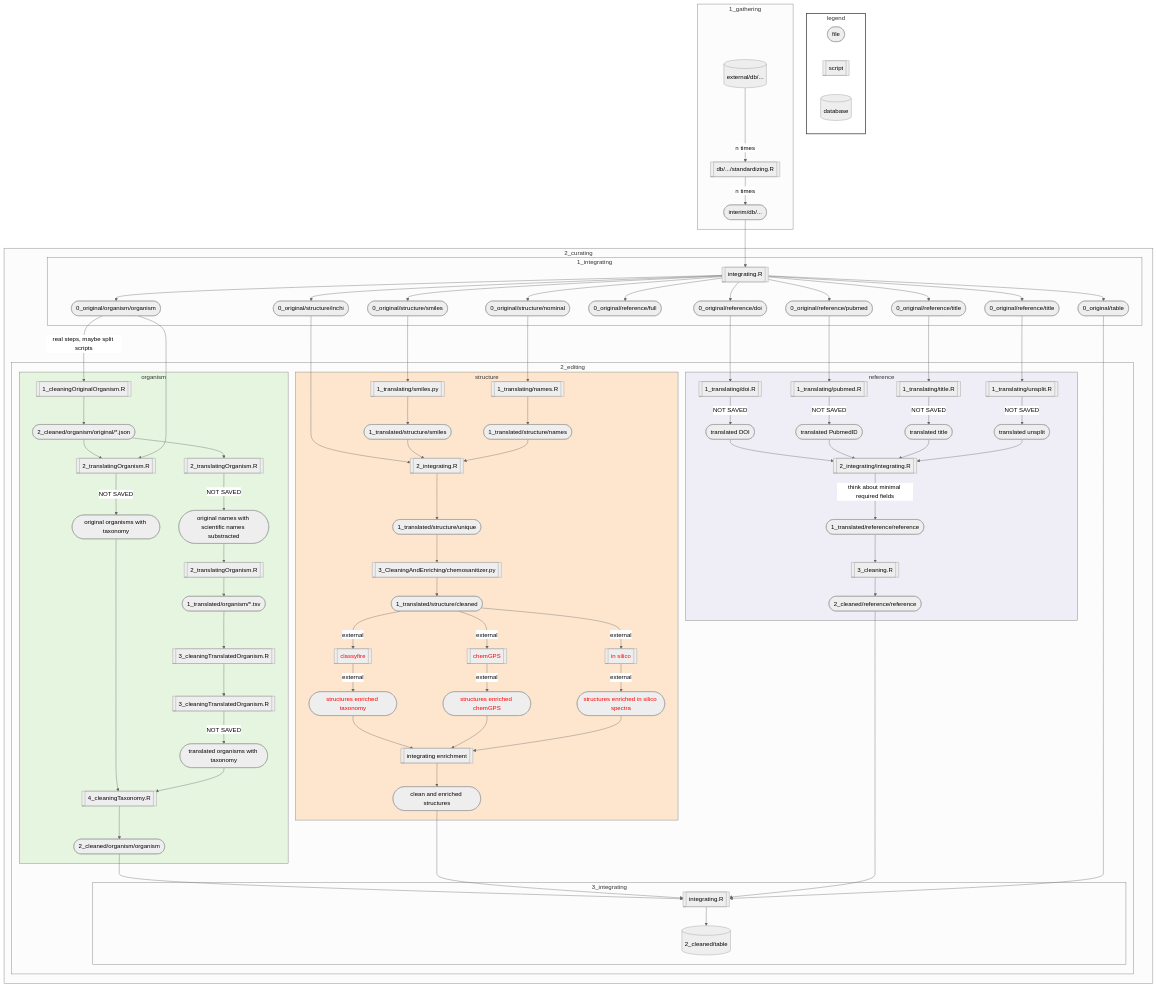
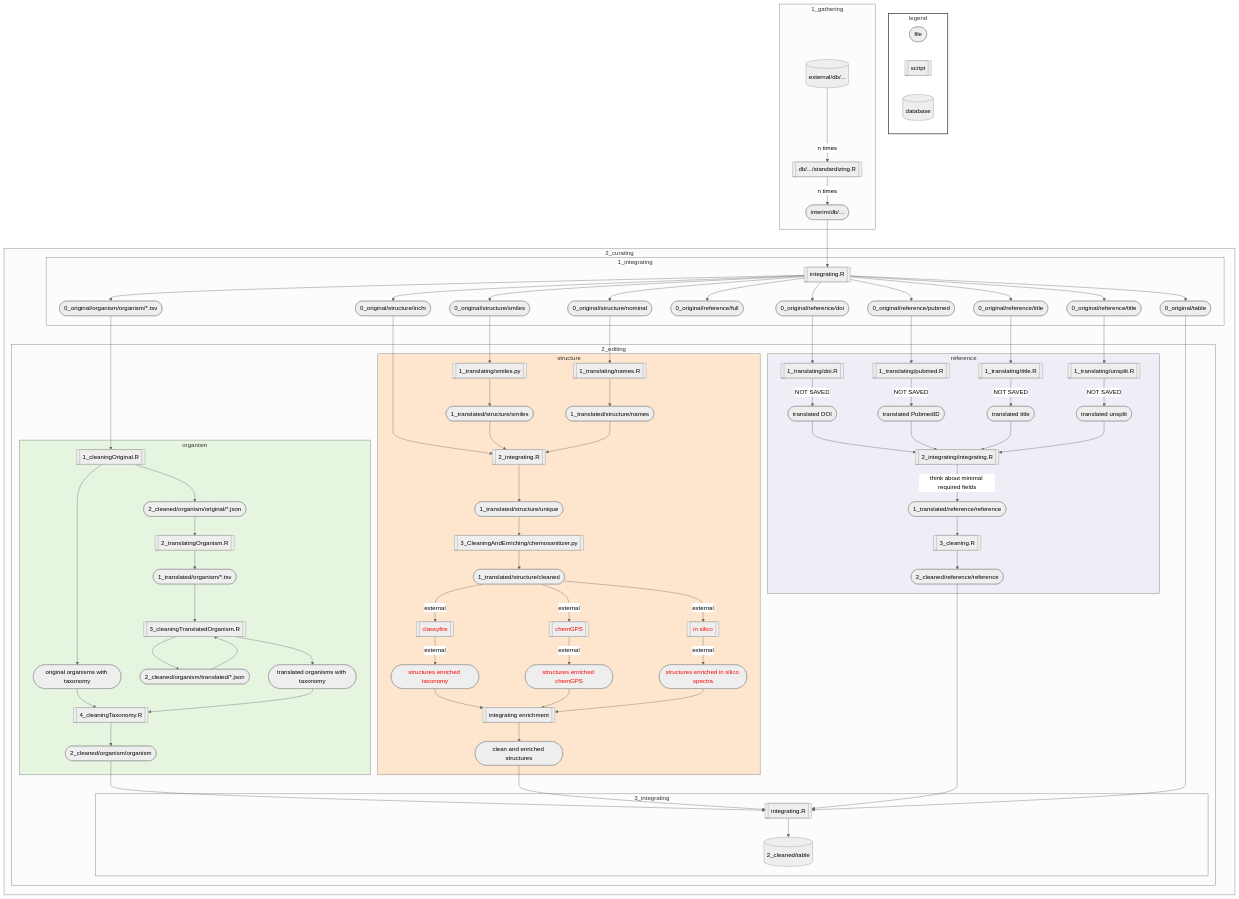
Before and after one commit to lotusnprod/lotus-processor: the diagram in README.md, drawn with Mermaid (neutral theme).

```diff
--- a/README.md
+++ b/README.md
@@ -22,7 +22,7 @@
 subgraph 2_curating
 subgraph 1_integrating
 030([interim/db/...]) --> 040[[integrating.R]]
-040[[integrating.R]] --> 100([0_original/organism/organism])
+040[[integrating.R]] --> 100([0_original/organism/organism/*.tsv])
 040[[integrating.R]] --> 210([0_original/structure/inchi])
 040[[integrating.R]] --> 220([0_original/structure/smiles])
 040[[integrating.R]] --> 230([0_original/structure/nominal])
@@ -38,24 +38,20 @@
 subgraph 2_editing
 subgraph organism
 style organism fill:#E5F5E0
-100([0_original/organism/organism]) -->
-  |real steps, maybe split scripts| 101[[1_cleaningOriginalOrganism.R]] --> 
-    102([2_cleaned/organism/original/*.json]) --> 
-        103[[2_translatingOrganism.R]]
-100([0_original/organism/organism]) -->
-        103[[2_translatingOrganism.R]] -->
-            |NOT SAVED| 104([original organisms with taxonomy]) -->
+100([0_original/organism/organism/*.tsv]) -->
+    101[[1_cleaningOriginal.R]] --> 
+        102([2_cleaned/organism/original/*.json])
+    101[[1_cleaningOriginal.R]] --> 
+        104([original organisms with taxonomy]) -->
                                     112[[3_cleaningTranslatedOrganism.R]]
     102([2_cleaned/organism/original/*.json]) -->
-        105[[2_translatingOrganism.R]] -->
-             |NOT SAVED| 106([original names with scientific names substracted]) -->
-                107[[2_translatingOrganism.R]] -->
-                    108([1_translated/organism/*.tsv]) -->
-                        109[[3_cleaningTranslatedOrganism.R]] --> 
-                             110[[3_cleaningTranslatedOrganism.R]] -->
-                                 |NOT SAVED| 111([translated organisms with taxonomy]) -->
-                                    112[[4_cleaningTaxonomy.R]] -->
-                                        120([2_cleaned/organism/organism])
+        107[[2_translatingOrganism.R]] -->
+            108([1_translated/organism/*.tsv]) -->
+                109[[3_cleaningTranslatedOrganism.R]] --> 
+                    111([translated organisms with taxonomy]) -->
+                        112[[4_cleaningTaxonomy.R]] -->
+                            120([2_cleaned/organism/organism])
+                109[[3_cleaningTranslatedOrganism.R]] --> 110([2_cleaned/organism/translated/*.json]) --> 109[[3_cleaningTranslatedOrganism.R]]
 end
 
 subgraph structure
```
